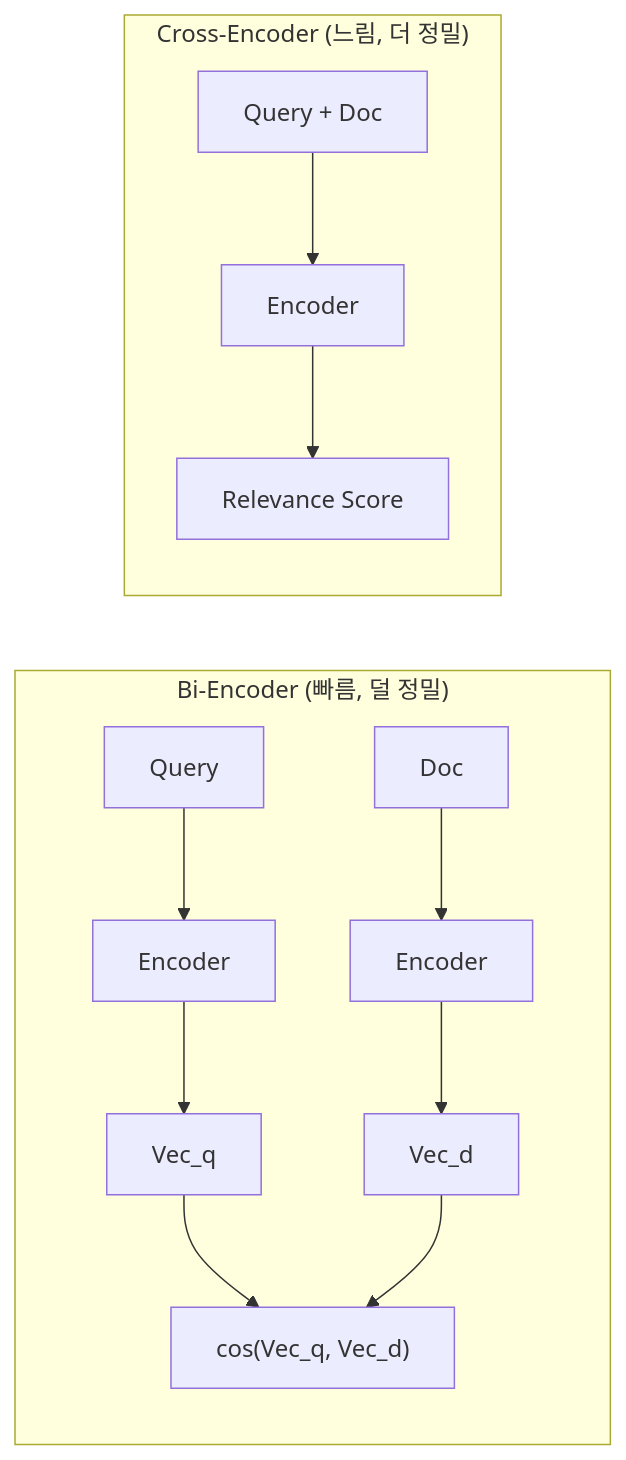
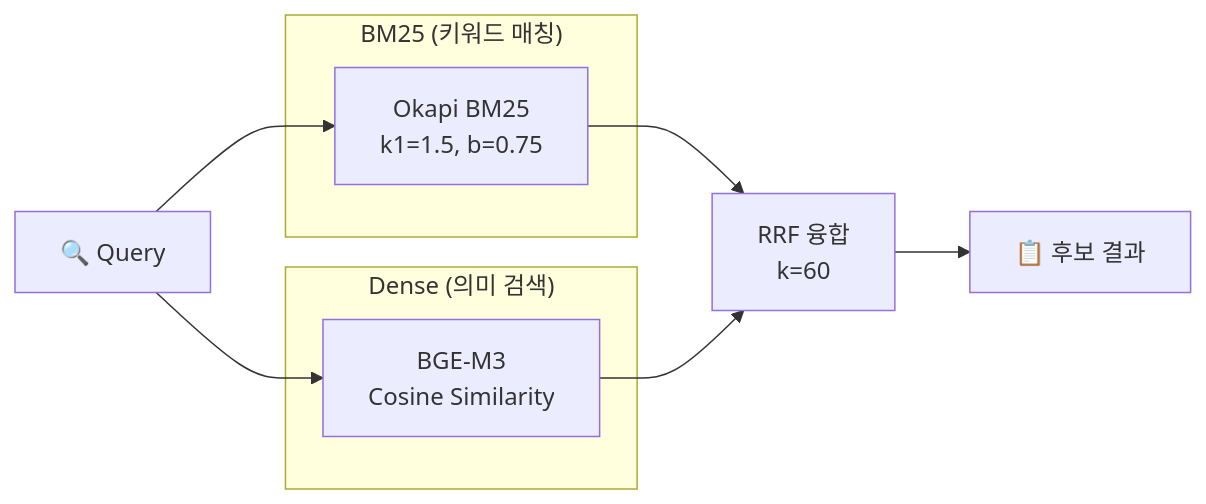
Before and after one commit to seo-jinseok/regulation_manager: the third of 3 diagrams in README.md, drawn with Mermaid. The commit also changed other lines of this file and 4 other files, not shown here.

Commit message:
docs: update quickstart, readme, schema reference, agents, and LLM guide documentation.

````diff
--- a/README.md
+++ b/README.md
@@ -413,15 +458,17 @@
 ```mermaid
 flowchart LR
-    subgraph BI ["Bi-Encoder (빠름, 덜 정밀)"]
-        direction TB
-        Q1["Query"] --> E1["Encoder"] --> V1["Vec_q"]
-        D1["Doc"] --> E2["Encoder"] --> V2["Vec_d"]
-        V1 --> COS["cos(Vec_q, Vec_d)"]
-        V2 --> COS
+    Query["🔍 Query"] --> BM25
+    Query --> Dense
+    
+    subgraph SPARSE ["BM25 (키워드 매칭)"]
+        BM25["Okapi BM25\nk1=1.5, b=0.75"]
     end
     
-    subgraph CROSS ["Cross-Encoder (느림, 더 정밀)"]
-        direction TB
-        QD["Query + Doc"] --> E3["Encoder"] --> Score["Relevance Score"]
+    subgraph DENSE_SEARCH ["Dense (의미 검색)"]
+        Dense["BGE-M3\nCosine Similarity"]
     end
+    
+    BM25 --> RRF["RRF 융합\nk=60"]
+    Dense --> RRF
+    RRF --> Result["📋 후보 결과"]
 ```
````
